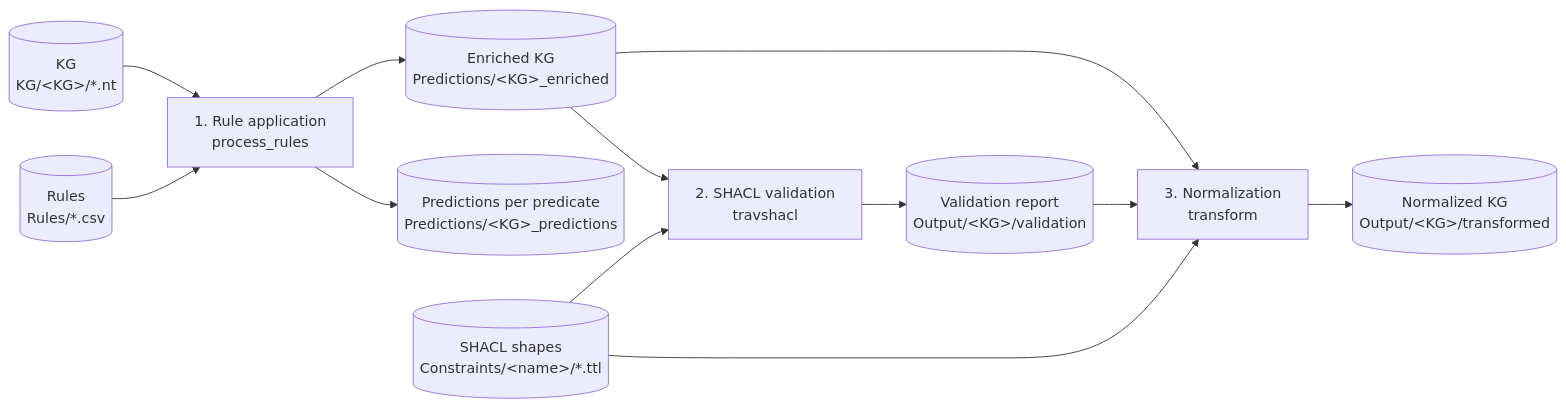
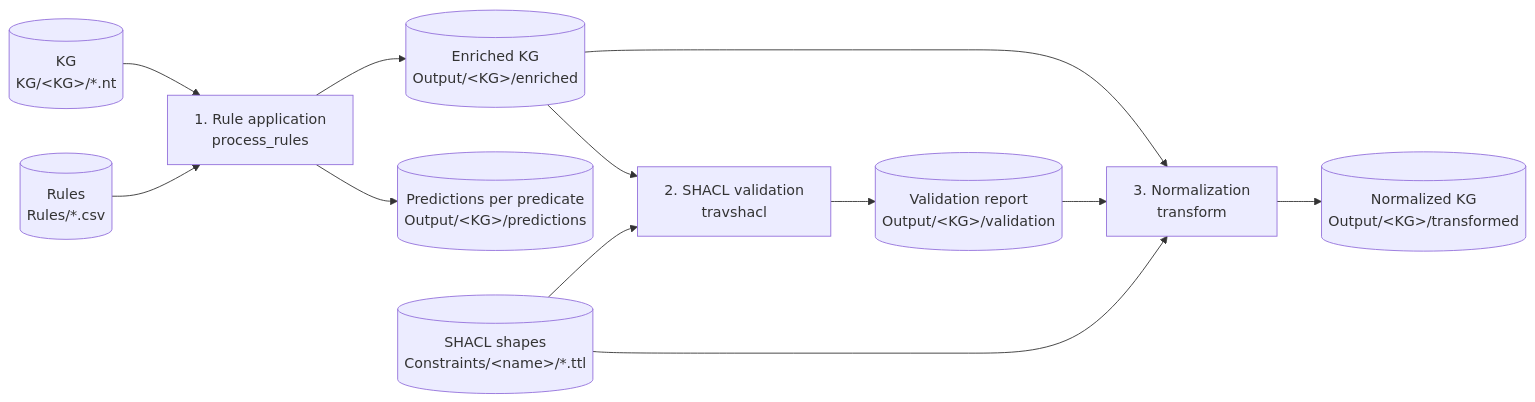
One commit to DavidGomez00/VANILLA changed the diagram in docs/01-overview.md. Above: the diagram before and after it, drawn with Mermaid. The commit also changed 30 other files, not shown here.

First line of the commit message:
Write predictions and the enriched KG under Output/<KG>/

````diff
--- a/docs/01-overview.md
+++ b/docs/01-overview.md
@@ -31,14 +31,14 @@
 ```mermaid
 flowchart LR
     KG[("KG<br/>KG/&lt;KG&gt;/*.nt")] --> P
     R[("Rules<br/>Rules/*.csv")] --> P
-    P["1. Rule application<br/>process_rules"] --> E[("Enriched KG<br/>Predictions/&lt;KG&gt;_enriched")]
-    P --> PR[("Predictions per predicate<br/>Predictions/&lt;KG&gt;_predictions")]
+    P["1. Rule application<br/>process_rules"] --> E[("Enriched KG<br/>Output/&lt;KG&gt;/enriched")]
+    P --> PR[("Predictions per predicate<br/>Output/&lt;KG&gt;/predictions")]
     E --> V["2. SHACL validation<br/>travshacl"]
     C[("SHACL shapes<br/>Constraints/&lt;name&gt;/*.ttl")] --> V
     V --> VR[("Validation report<br/>Output/&lt;KG&gt;/validation")]
     E --> T["3. Normalization<br/>transform"]
     VR --> T
     C --> T
     T --> N[("Normalized KG<br/>Output/&lt;KG&gt;/transformed")]
 ```
````
